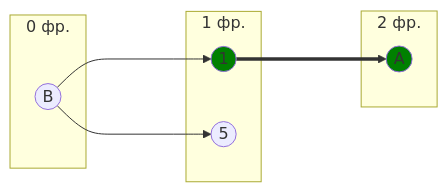
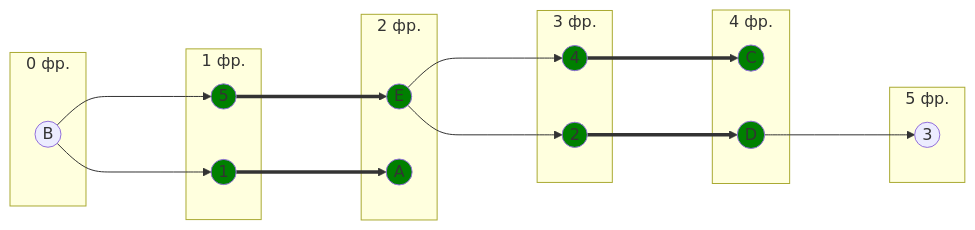
One commit to algos-ris-24-5/manual-tasks changed the ninth of 10 diagrams in Задание 8/NEXUS.md. Above: the diagram before and after it, drawn with Mermaid. The commit also changed other lines of this file, not shown here.

````diff
--- a/Задание 8/NEXUS.md
+++ b/Задание 8/NEXUS.md
@@ -355,18 +345,38 @@
 ```mermaid
 graph LR
     subgraph " 0 фр."
         B((B))
     end
     subgraph " 1 фр."
         5((5))
         1((1))
     end
     subgraph " 2 фр."
+        E((E))
         A((A))
     end
-    B ---> 5 
+    subgraph " 3 фр."
+        4((4))
+        2((2))
+    end
+    subgraph " 4 фр."
+        C((C))
+        D((D))
+    end
+    subgraph " 5 фр."
+        3((3))
+    end
+
+                  E ---> 4 ===> C
+    B ---> 5 ===> E ---> 2 ===> D ---> 3
     B ---> 1 ===> A
     
     style 1 fill:#008000
+    style 5 fill:#008000
+    style E fill:#008000
     style A fill:#008000
+    style 4 fill:#008000
+    style 2 fill:#008000
+    style C fill:#008000
+    style D fill:#008000
 ```
````
